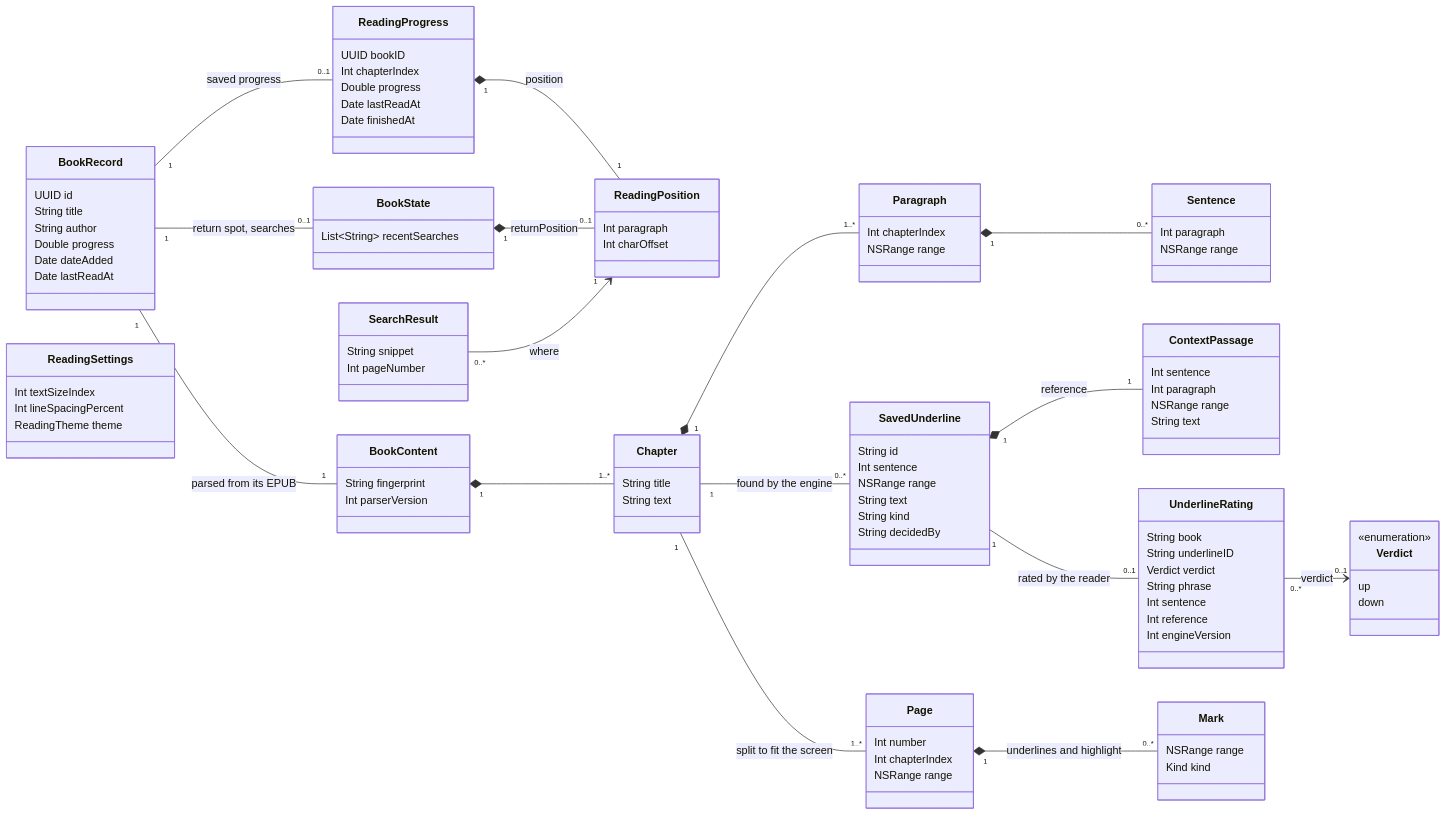
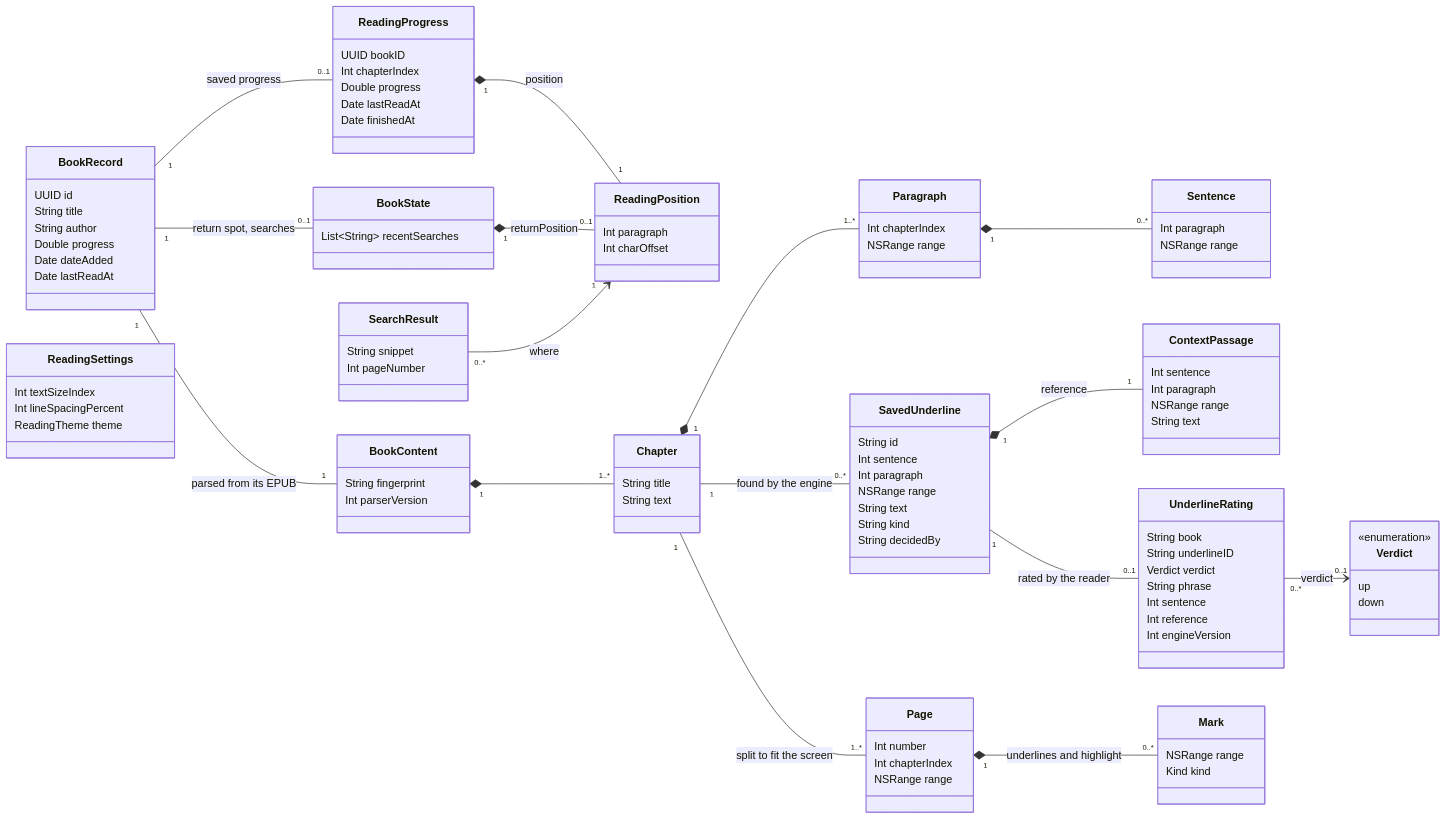
Before and after one commit to AftrHours/iRead: the diagram in docs/diagrams/03-data-model.mmd, drawn with Mermaid. The commit also changed 5 other files, not shown here.

```diff
--- a/docs/diagrams/03-data-model.mmd
+++ b/docs/diagrams/03-data-model.mmd
@@ -1,107 +1,108 @@
 classDiagram
   direction LR
 
   class BookRecord {
     UUID id
     String title
     String author
     Double progress
     Date dateAdded
     Date lastReadAt
   }
   class ReadingProgress {
     UUID bookID
     Int chapterIndex
     Double progress
     Date lastReadAt
     Date finishedAt
   }
   class ReadingPosition {
     Int paragraph
     Int charOffset
   }
   class BookState {
     List~String~ recentSearches
   }
   class ReadingSettings {
     Int textSizeIndex
     Int lineSpacingPercent
     ReadingTheme theme
   }
 
   class BookContent {
     String fingerprint
     Int parserVersion
   }
   class Chapter {
     String title
     String text
   }
   class Paragraph {
     Int chapterIndex
     NSRange range
   }
   class Sentence {
     Int paragraph
     NSRange range
   }
   class Page {
     Int number
     Int chapterIndex
     NSRange range
   }
 
   class SavedUnderline {
     String id
     Int sentence
+    Int paragraph
     NSRange range
     String text
     String kind
     String decidedBy
   }
   class ContextPassage {
     Int sentence
     Int paragraph
     NSRange range
     String text
   }
   class UnderlineRating {
     String book
     String underlineID
     Verdict verdict
     String phrase
     Int sentence
     Int reference
     Int engineVersion
   }
   class Verdict {
     <<enumeration>>
     up
     down
   }
   class Mark {
     NSRange range
     Kind kind
   }
   class SearchResult {
     String snippet
     Int pageNumber
   }
 
   BookRecord "1" -- "0..1" ReadingProgress : saved progress
   BookRecord "1" -- "0..1" BookState : return spot, searches
   BookRecord "1" -- "1" BookContent : parsed from its EPUB
   ReadingProgress "1" *-- "1" ReadingPosition : position
   BookState "1" *-- "0..1" ReadingPosition : returnPosition
 
   BookContent "1" *-- "1..*" Chapter
   Chapter "1" *-- "1..*" Paragraph
   Paragraph "1" *-- "0..*" Sentence
   Chapter "1" -- "1..*" Page : split to fit the screen
 
   Chapter "1" -- "0..*" SavedUnderline : found by the engine
   SavedUnderline "1" *-- "1" ContextPassage : reference
   SavedUnderline "1" -- "0..1" UnderlineRating : rated by the reader
   UnderlineRating "0..*" --> "0..1" Verdict : verdict
   Page "1" *-- "0..*" Mark : underlines and highlight
   SearchResult "0..*" --> "1" ReadingPosition : where
```
